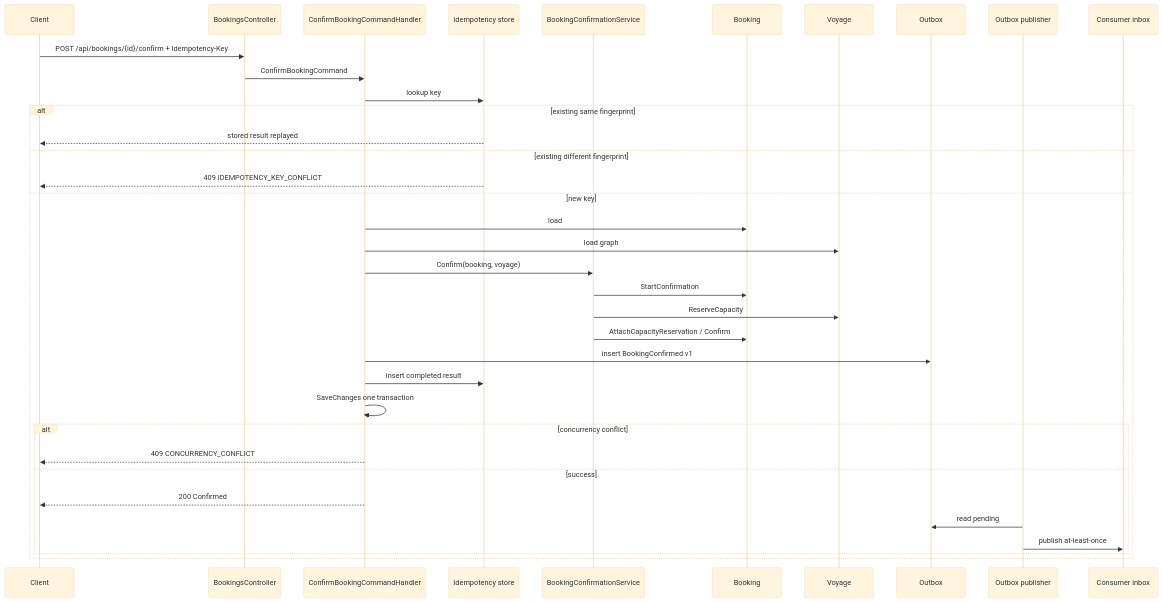
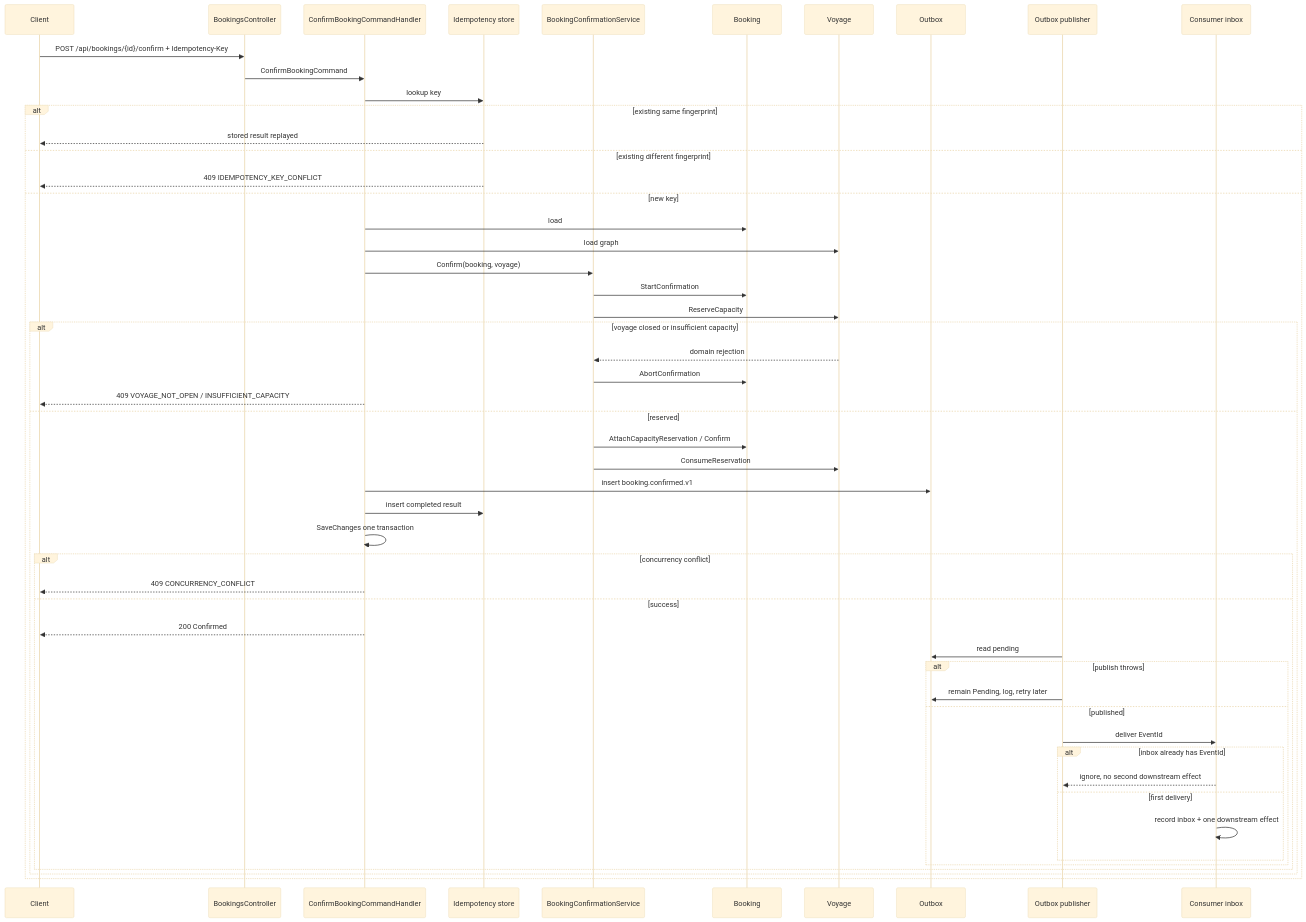
The diagram in docs/diagrams/booking-confirmation-sequence.md (alijangjoo/AdmiralBooking), drawn with Mermaid (base theme) before and after one commit. The commit also changed other lines of this file and 41 other files, not shown here.

````diff
--- a/docs/diagrams/booking-confirmation-sequence.md
+++ b/docs/diagrams/booking-confirmation-sequence.md
@@ -3,39 +3,55 @@
 ```mermaid
 sequenceDiagram
   participant C as Client
   participant API as BookingsController
   participant H as ConfirmBookingCommandHandler
   participant I as Idempotency store
   participant S as BookingConfirmationService
   participant B as Booking
   participant V as Voyage
   participant O as Outbox
   participant P as Outbox publisher
   participant D as Consumer inbox
 
   C->>API: POST /api/bookings/{id}/confirm + Idempotency-Key
   API->>H: ConfirmBookingCommand
   H->>I: lookup key
   alt existing same fingerprint
     I-->>C: stored result replayed
   else existing different fingerprint
     I-->>C: 409 IDEMPOTENCY_KEY_CONFLICT
   else new key
     H->>B: load
     H->>V: load graph
     H->>S: Confirm(booking, voyage)
     S->>B: StartConfirmation
     S->>V: ReserveCapacity
-    S->>B: AttachCapacityReservation / Confirm
-    H->>O: insert BookingConfirmed v1
-    H->>I: insert completed result
-    H->>H: SaveChanges one transaction
-    alt concurrency conflict
-      H-->>C: 409 CONCURRENCY_CONFLICT
-    else success
-      H-->>C: 200 Confirmed
-      P->>O: read pending
-      P->>D: publish at-least-once
+    alt voyage closed or insufficient capacity
+      V-->>S: domain rejection
+      S->>B: AbortConfirmation
+      H-->>C: 409 VOYAGE_NOT_OPEN / INSUFFICIENT_CAPACITY
+    else reserved
+      S->>B: AttachCapacityReservation / Confirm
+      S->>V: ConsumeReservation
+      H->>O: insert booking.confirmed.v1
+      H->>I: insert completed result
+      H->>H: SaveChanges one transaction
+      alt concurrency conflict
+        H-->>C: 409 CONCURRENCY_CONFLICT
+      else success
+        H-->>C: 200 Confirmed
+        P->>O: read pending
+        alt publish throws
+          P->>O: remain Pending, log, retry later
+        else published
+          P->>D: deliver EventId
+          alt inbox already has EventId
+            D-->>P: ignore, no second downstream effect
+          else first delivery
+            D->>D: record inbox + one downstream effect
+          end
+        end
+      end
     end
   end
 ```
````
